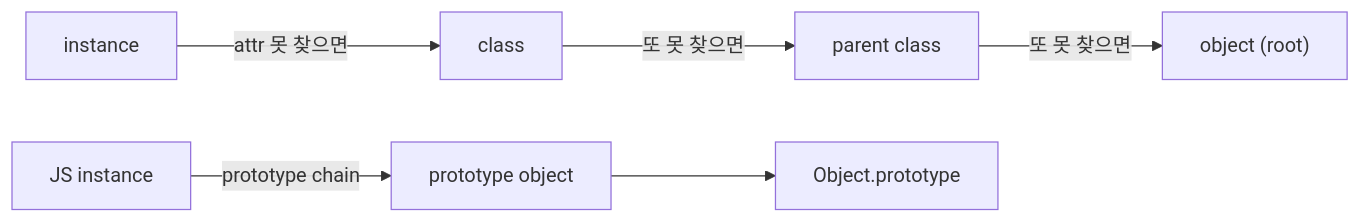
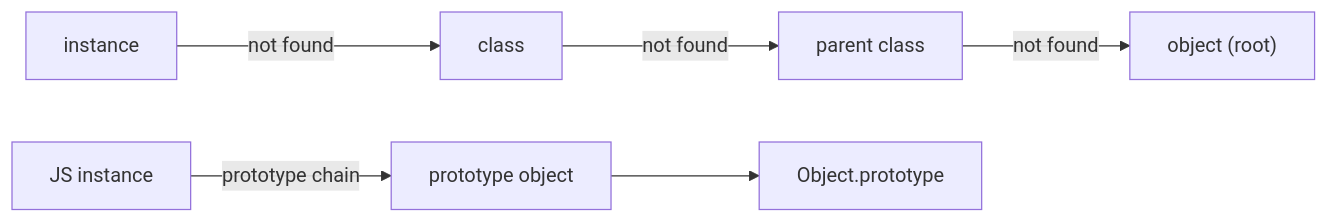
Before and after one commit to yeongseon-books/book-content: the diagram in content/programming-languages-101/ko/06-objects-and-prototypes.md, drawn with Mermaid. The commit also changed other lines of this file and 9 other files, not shown here.

````diff
--- a/content/programming-languages-101/ko/06-objects-and-prototypes.md
+++ b/content/programming-languages-101/ko/06-objects-and-prototypes.md
@@ -36,8 +47,8 @@
 ```mermaid
 flowchart LR
-    A["instance"] -->|attr 못 찾으면| B["class"]
-    B -->|또 못 찾으면| C["parent class"]
-    C -->|또 못 찾으면| D["object (root)"]
+    A["instance"] -->|not found| B["class"]
+    B -->|not found| C["parent class"]
+    C -->|not found| D["object (root)"]
     E["JS instance"] -->|prototype chain| F["prototype object"]
     F --> G["Object.prototype"]
 ```
````
